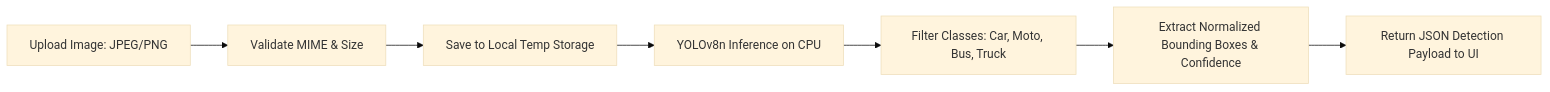
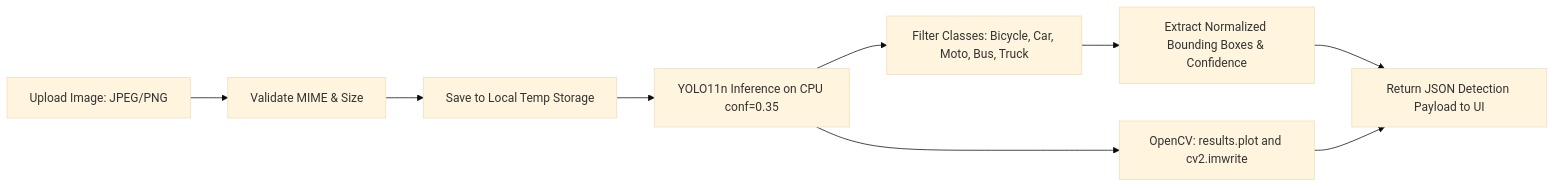
One commit to ManojR-cs/CarboSync changed the second of 3 diagrams in TraceTwin_Documentation/SPECIFICATIONS.md. Above: the diagram before and after it, drawn with Mermaid (base theme). The commit also changed other lines of this file and 10 other files, not shown here.

````diff
--- a/TraceTwin_Documentation/SPECIFICATIONS.md
+++ b/TraceTwin_Documentation/SPECIFICATIONS.md
@@ -85,9 +85,11 @@
 ```mermaid
 flowchart LR
     A[Upload Image: JPEG/PNG] --> B[Validate MIME & Size]
     B --> C[Save to Local Temp Storage]
-    C --> D[YOLOv8n Inference on CPU]
-    D --> E[Filter Classes: Car, Moto, Bus, Truck]
+    C --> D[YOLO11n Inference on CPU conf=0.35]
+    D --> E[Filter Classes: Bicycle, Car, Moto, Bus, Truck]
+    D --> E2[OpenCV: results.plot and cv2.imwrite]
     E --> F[Extract Normalized Bounding Boxes & Confidence]
     F --> G[Return JSON Detection Payload to UI]
+    E2 --> G
 ```
````
